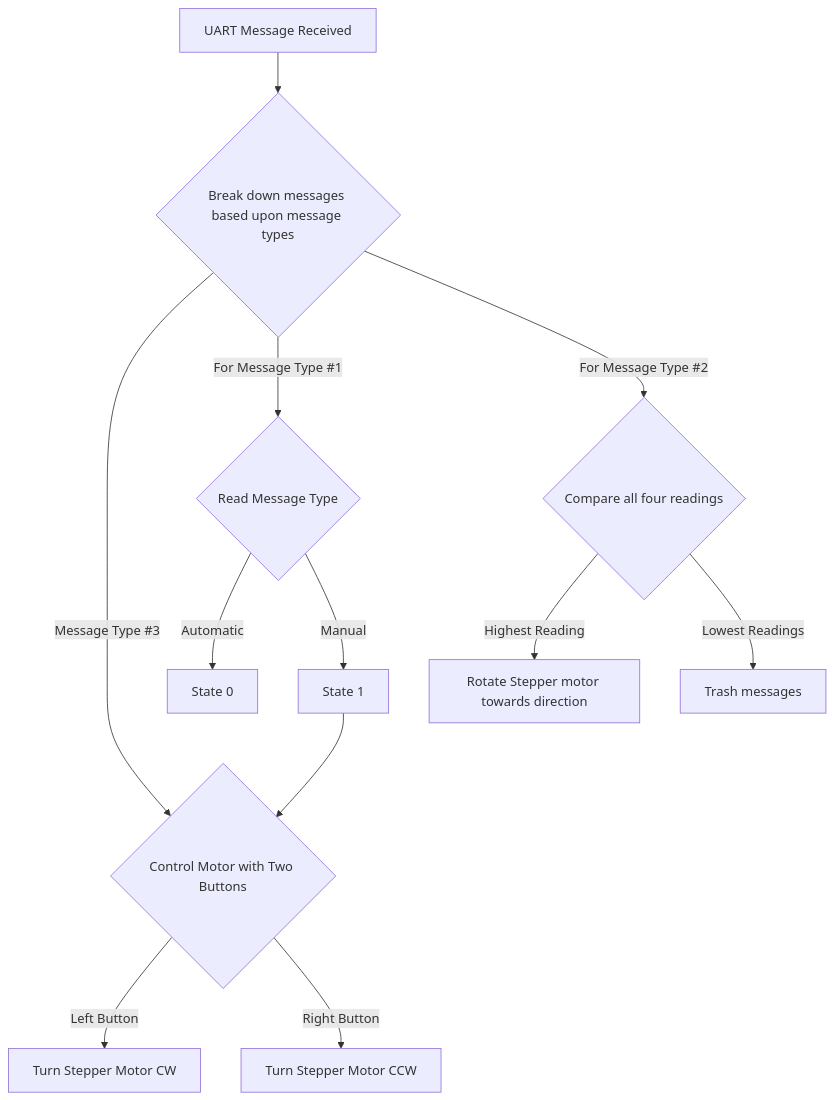
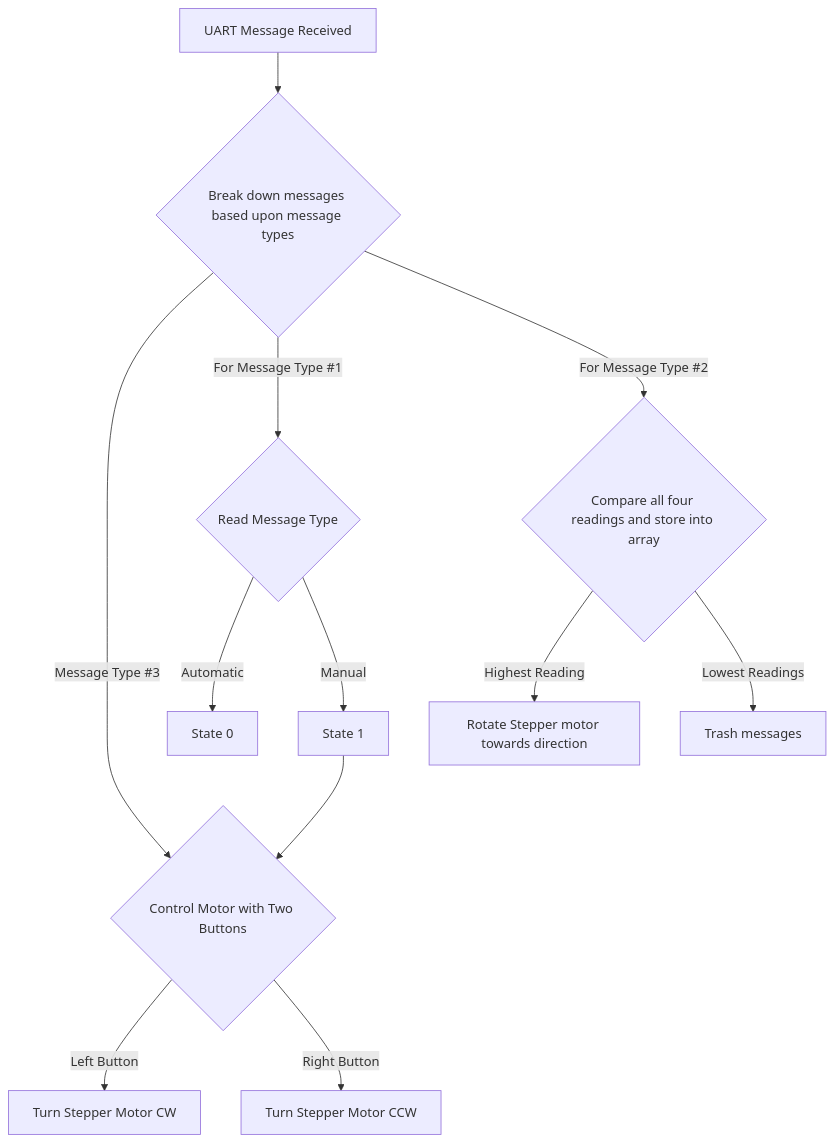
The diagram in docs/API.md (shonha/EGR314SSH.github.io), drawn with Mermaid before and after one commit.

````diff
--- a/docs/API.md
+++ b/docs/API.md
@@ -46,12 +46,12 @@
 ```mermaid
 flowchart TD
     A[UART Message Received] --> B{Break down messages based upon message types}
     B --> |Message Type #3|K
     B --> |For Message Type #1| D{Read Message Type} -->|Automatic| G[State 0] 
     D -->|Manual| J[State 1]
-    B -->|For Message Type #2| E{Compare all four readings} -->|Highest Reading| H[Rotate Stepper motor towards direction]
+    B -->|For Message Type #2| E{Compare all four readings and store into array} -->|Highest Reading| H[Rotate Stepper motor towards direction]
     E-->|Lowest Readings|L[Trash messages]
     J -->  K{Control Motor with Two Buttons}
     K --> |Left Button| C[Turn Stepper Motor CW]
     K --> |Right Button| M[Turn Stepper Motor CCW]
 ```
````
